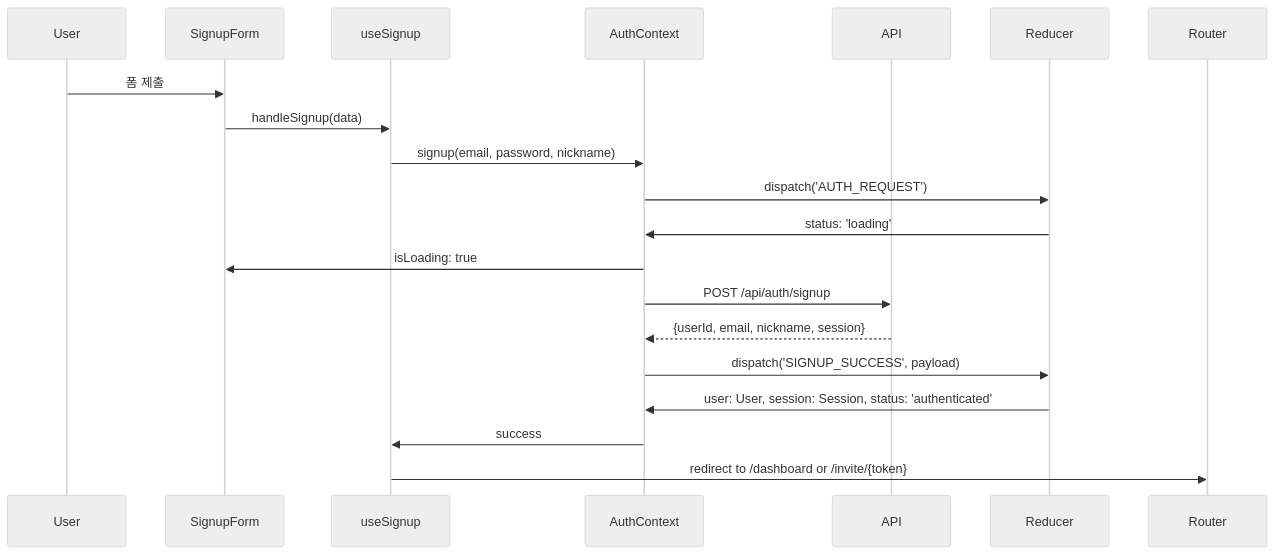
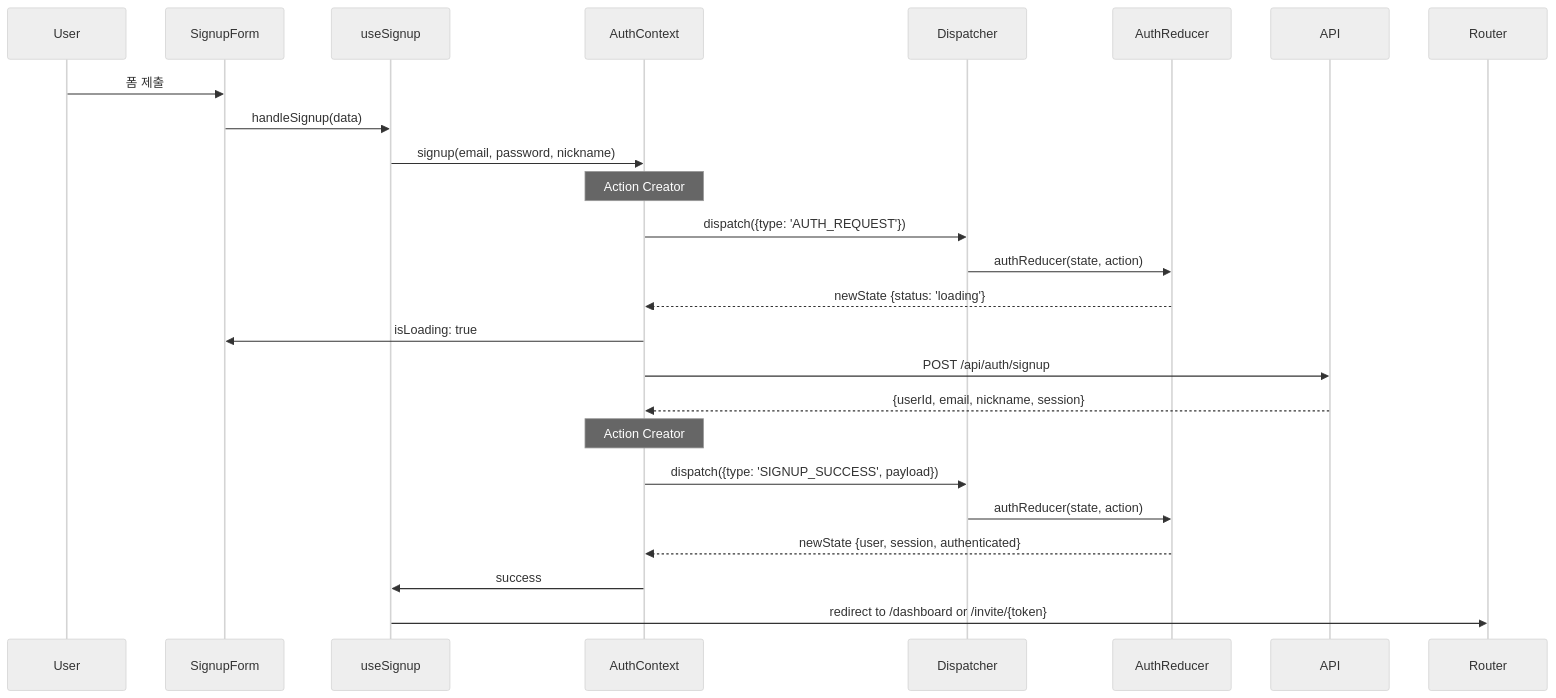
The second of 3 diagrams in docs/pages/signup/state-management.md (dasanworld/ChatService), drawn with Mermaid (neutral theme) before and after one commit. The commit also changed other lines of this file and 4 other files, not shown here.

Commit message:
docs: Update state management documentation for Chat Room, Dashboard, Invite, Login, and Signup pages with Flux architecture and flow diagrams

````diff
--- a/docs/pages/signup/state-management.md
+++ b/docs/pages/signup/state-management.md
@@ -455,26 +478,31 @@
 ```mermaid
 sequenceDiagram
     participant User
     participant SignupForm
     participant useSignup
     participant AuthContext
+    participant Dispatcher
+    participant AuthReducer
     participant API
-    participant Reducer
     
     User->>SignupForm: 폼 제출
     SignupForm->>useSignup: handleSignup(data)
     useSignup->>AuthContext: signup(email, password, nickname)
     
-    AuthContext->>Reducer: dispatch('AUTH_REQUEST')
-    Reducer->>AuthContext: status: 'loading'
+    Note over AuthContext: Action Creator
+    AuthContext->>Dispatcher: dispatch({type: 'AUTH_REQUEST'})
+    Dispatcher->>AuthReducer: authReducer(state, action)
+    AuthReducer-->>AuthContext: newState {status: 'loading'}
     AuthContext->>SignupForm: isLoading: true
     
     AuthContext->>API: POST /api/auth/signup
     API-->>AuthContext: {userId, email, nickname, session}
     
-    AuthContext->>Reducer: dispatch('SIGNUP_SUCCESS', payload)
-    Reducer->>AuthContext: user: User, session: Session, status: 'authenticated'
+    Note over AuthContext: Action Creator
+    AuthContext->>Dispatcher: dispatch({type: 'SIGNUP_SUCCESS', payload})
+    Dispatcher->>AuthReducer: authReducer(state, action)
+    AuthReducer-->>AuthContext: newState {user, session, authenticated}
     
     AuthContext->>useSignup: success
     useSignup->>Router: redirect to /dashboard or /invite/{token}
 ```
````
